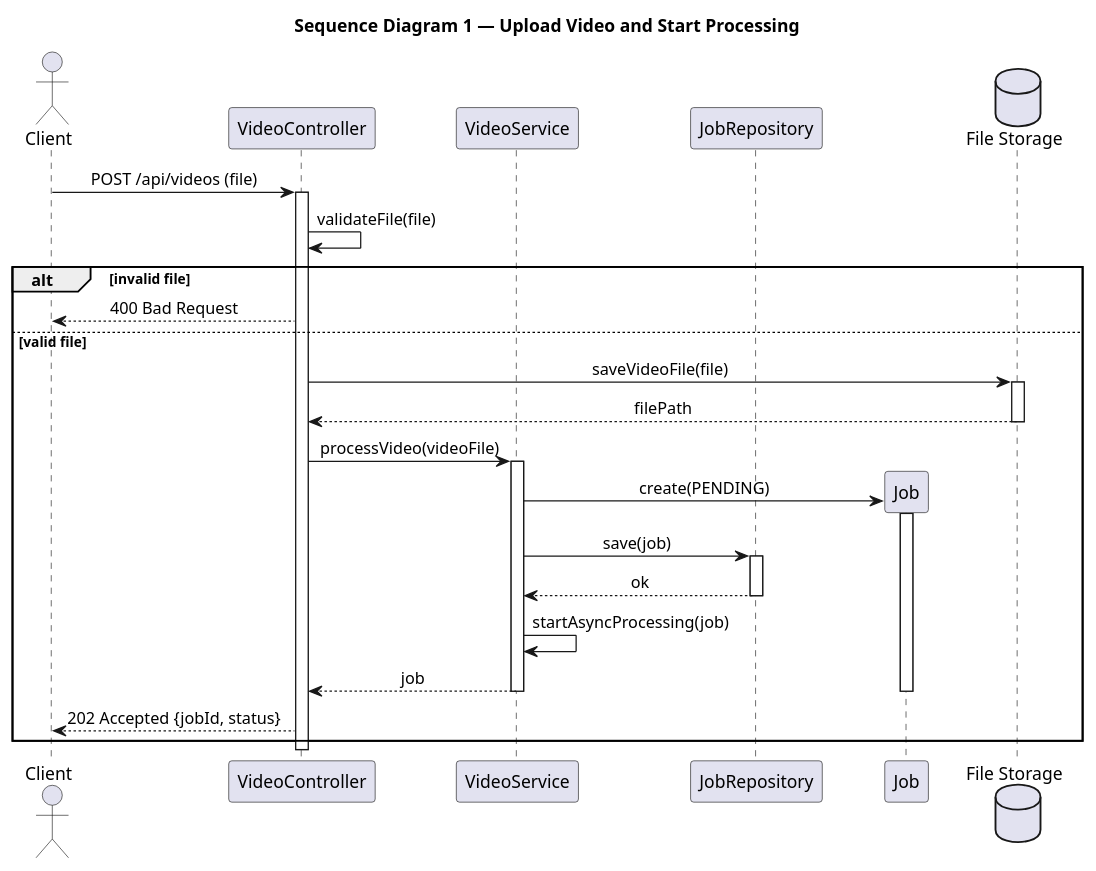
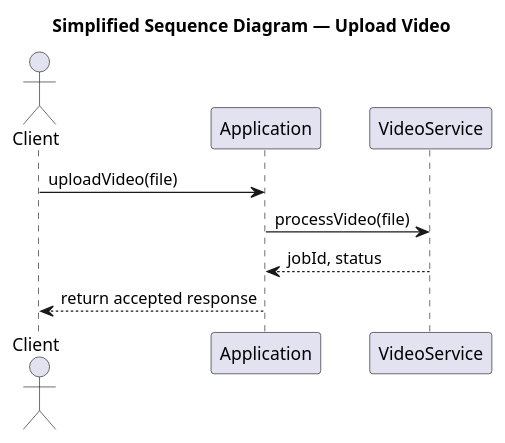
One commit to patiy8535-svg/Video_to_Presentation changed the diagram in docx/SequenceDiagram_UploadVideo.puml. Above: the diagram before and after it, drawn with PlantUML. The commit also changed 14 other files, not shown here.

```diff
--- a/docx/SequenceDiagram_UploadVideo.puml
+++ b/docx/SequenceDiagram_UploadVideo.puml
@@ -1,51 +1,12 @@
-@startuml UploadVideo
-
-title Sequence Diagram 1 — Upload Video and Start Processing
-
-skinparam shadowing false
-skinparam sequenceMessageAlign center
-skinparam ParticipantPadding 20
-skinparam BoxPadding 10
+@startuml
+title Simplified Sequence Diagram — Upload Video
 
 actor Client
-participant "VideoController" as Controller
-participant "VideoService" as Service
-participant "JobRepository" as Repo
-participant "Job" as Job
-database "File Storage" as Storage
+participant Application
+participant VideoService
 
-Client -> Controller : POST /api/videos (file)
-activate Controller
-
-Controller -> Controller : validateFile(file)
-
-alt invalid file
-    Controller --> Client : 400 Bad Request
-else valid file
-    Controller -> Storage : saveVideoFile(file)
-    activate Storage
-    Storage --> Controller : filePath
-    deactivate Storage
-
-    Controller -> Service : processVideo(videoFile)
-    activate Service
-
-    Service -> Job ** : create(PENDING)
-    activate Job
-    Service -> Repo : save(job)
-    activate Repo
-    Repo --> Service : ok
-    deactivate Repo
-
-    Service -> Service : startAsyncProcessing(job)
-
-    Service --> Controller : job
-    deactivate Service
-    deactivate Job
-
-    Controller --> Client : 202 Accepted {jobId, status}
-end
-
-deactivate Controller
-
+Client -> Application : uploadVideo(file)
+Application -> VideoService : processVideo(file)
+VideoService --> Application : jobId, status
+Application --> Client : return accepted response
 @enduml
```
